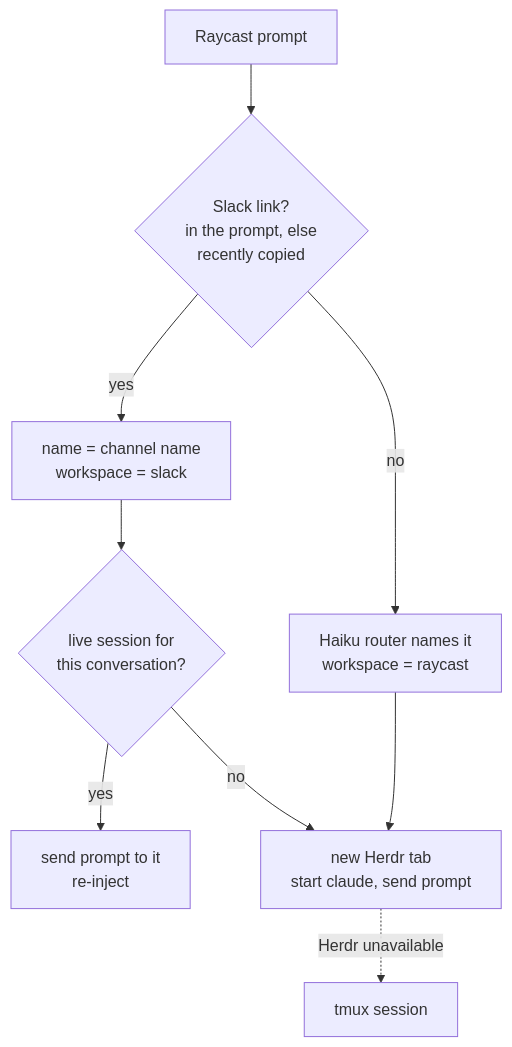
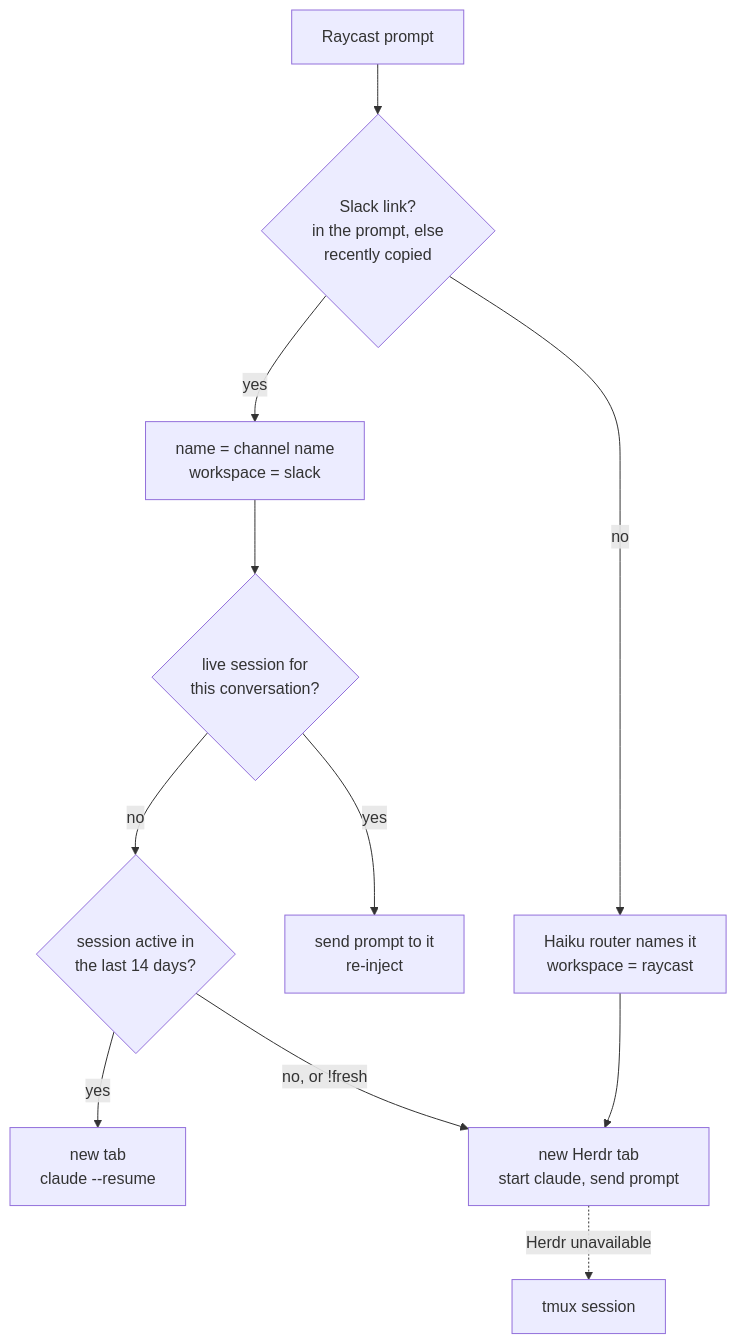
One commit to joshmu/dotfiles changed the diagram in scripts/raygent/README.md. Above: the diagram before and after it, drawn with Mermaid. The commit also changed other lines of this file and 6 other files, not shown here.

Commit message:
feat(raygent): resume slack sessions when their tab is gone and stop reaping slack tabs

````diff
--- a/scripts/raygent/README.md
+++ b/scripts/raygent/README.md
@@ -7,11 +7,13 @@
 ```mermaid
 flowchart TD
     P[Raycast prompt] --> S{Slack link?<br/>in the prompt, else<br/>recently copied}
     S -->|yes| L[name = channel name<br/>workspace = slack]
     S -->|no| H[Haiku router names it<br/>workspace = raycast]
     L --> M{live session for<br/>this conversation?}
     M -->|yes| R[send prompt to it<br/>re-inject]
-    M -->|no| N[new Herdr tab<br/>start claude, send prompt]
+    M -->|no| RS{session active in<br/>the last 14 days?}
+    RS -->|yes| RE[new tab<br/>claude --resume]
+    RS -->|no, or !fresh| N[new Herdr tab<br/>start claude, send prompt]
     H --> N
     N -.->|Herdr unavailable| T[tmux session]
 ```
````
